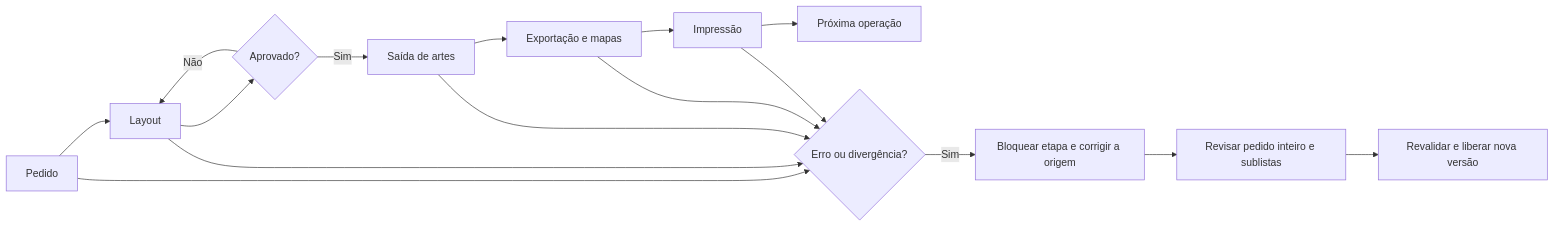
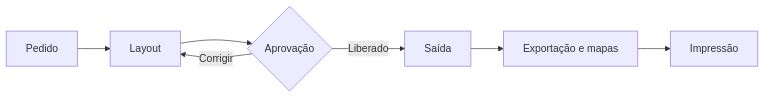
One commit to NeuberJone/ManualStopBall changed the diagram in README.md. Above: the diagram before and after it, drawn with Mermaid. The commit also changed other lines of this file and 7 other files, not shown here.

````diff
--- a/README.md
+++ b/README.md
@@ -22,14 +34,9 @@
 ```mermaid
 flowchart LR
     A[Pedido] --> B[Layout]
-    B --> C{Aprovado?}
-    C -- Não --> B
-    C -- Sim --> D[Saída de artes]
+    B --> C{Aprovação}
+    C -- Corrigir --> B
+    C -- Liberado --> D[Saída]
     D --> E[Exportação e mapas]
     E --> F[Impressão]
-    F --> G[Próxima operação]
-    A & B & D & E & F --> H{Erro ou divergência?}
-    H -- Sim --> I[Bloquear etapa e corrigir a origem]
-    I --> J[Revisar pedido inteiro e sublistas]
-    J --> K[Revalidar e liberar nova versão]
 ```
````
